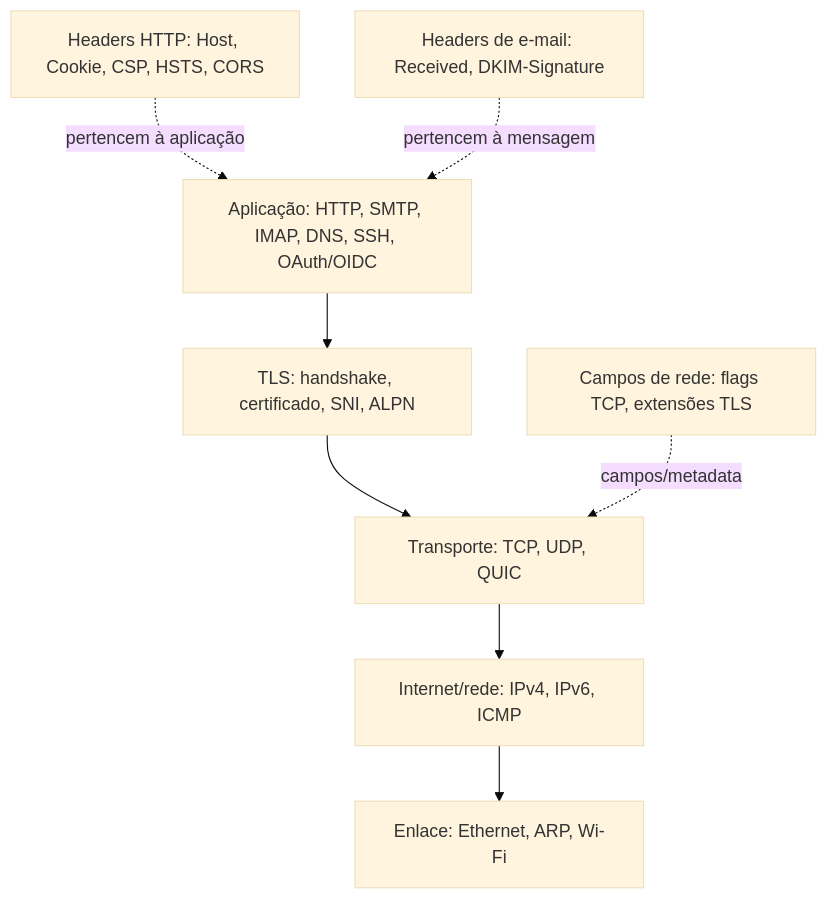
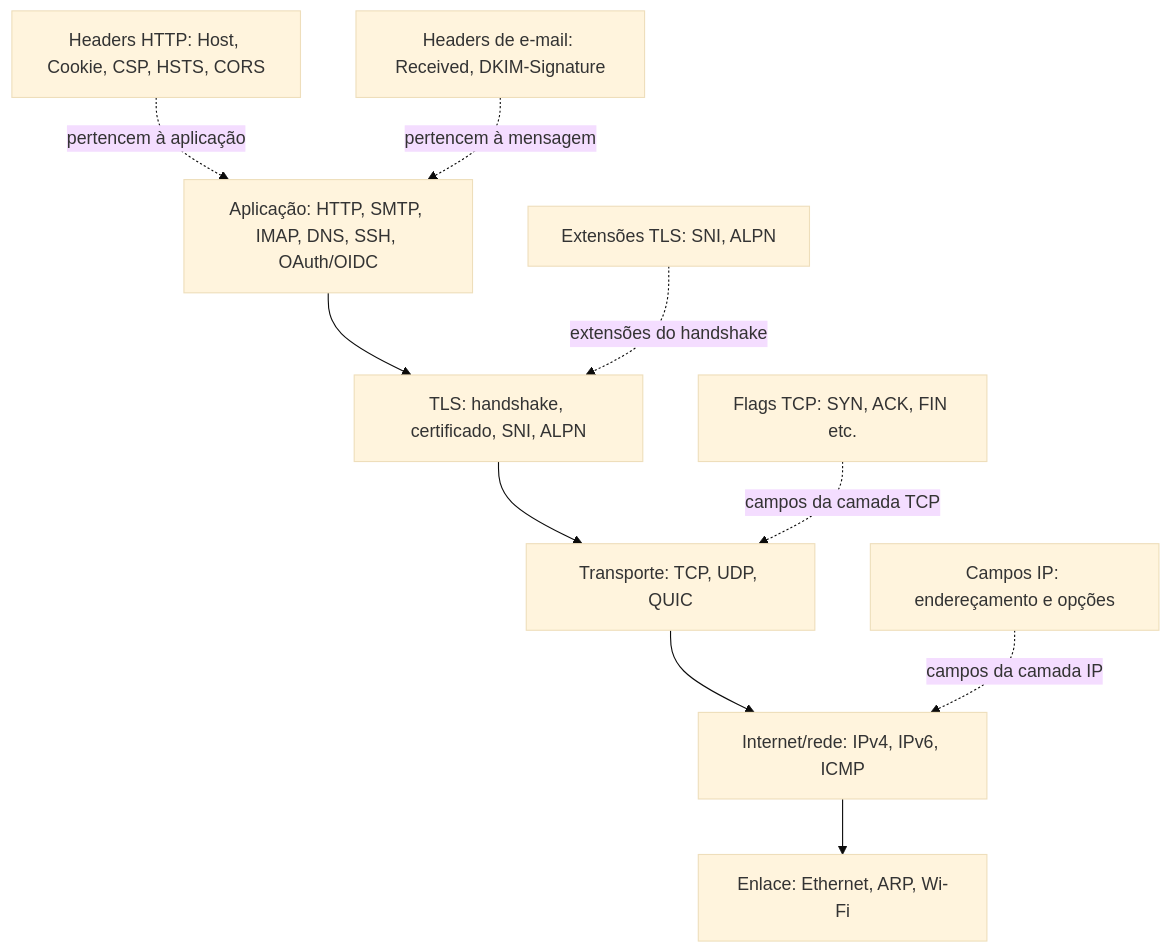
One commit to eartnet09-boop/guia_protocos_cabe-alhos changed the diagram in README.md. Above: the diagram before and after it, drawn with Mermaid (base theme).

Commit message:
docs: corrige camadas no diagrama do README

````diff
--- a/README.md
+++ b/README.md
@@ -23,15 +23,19 @@
 ```mermaid
 flowchart TB
 	app[Aplicação: HTTP, SMTP, IMAP, DNS, SSH, OAuth/OIDC]
 	sec[TLS: handshake, certificado, SNI, ALPN]
 	trans[Transporte: TCP, UDP, QUIC]
 	net[Internet/rede: IPv4, IPv6, ICMP]
 	link[Enlace: Ethernet, ARP, Wi-Fi]
 	app --> sec --> trans --> net --> link
 	h1[Headers HTTP: Host, Cookie, CSP, HSTS, CORS]
 	h2[Headers de e-mail: Received, DKIM-Signature]
-	h3[Campos de rede: flags TCP, extensões TLS]
+	h3[Campos IP: endereçamento e opções]
+	h4[Flags TCP: SYN, ACK, FIN etc.]
+	h5[Extensões TLS: SNI, ALPN]
 	h1 -. pertencem à aplicação .-> app
 	h2 -. pertencem à mensagem .-> app
-	h3 -. campos/metadata .-> trans
+	h3 -. campos da camada IP .-> net
+	h4 -. campos da camada TCP .-> trans
+	h5 -. extensões do handshake .-> sec
 ```
````
